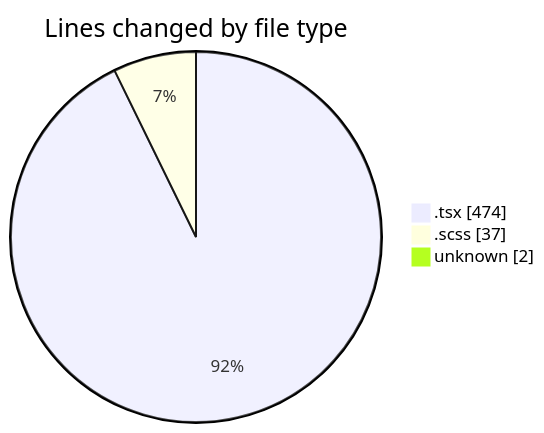
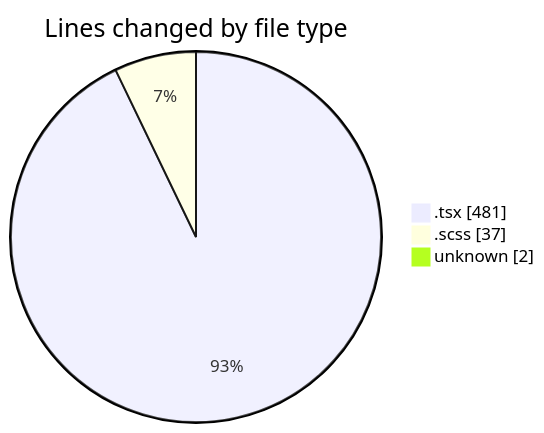
One commit to momahboobian/code-tracking changed the first of 2 diagrams in 2025-02-13/cda/README.md. Above: the diagram before and after it, drawn with Mermaid. The commit also changed other lines of this file and 1 other file, not shown here.

````diff
--- a/2025-02-13/cda/README.md
+++ b/2025-02-13/cda/README.md
@@ -28,7 +28,7 @@
 ```mermaid
 pie showData
 title Lines changed by file type
-".tsx" : 474
+".tsx" : 481
 ".scss" : 37
 "unknown" : 2
 ```
````
